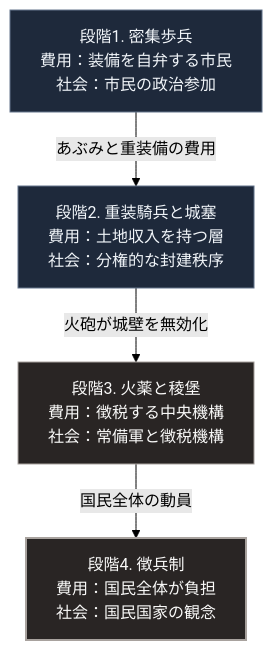
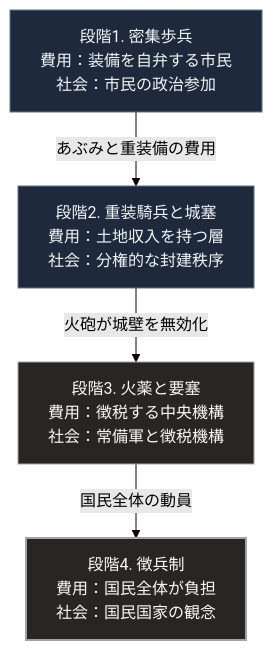
Before and after one commit to Takenori-Kusaka/zenn-content: the diagram in books/sovereign-resilience-blueprint/war-technology-evolution.md, drawn with Mermaid (forest theme). The commit also changed 15 other files, not shown here.

````diff
--- a/books/sovereign-resilience-blueprint/war-technology-evolution.md
+++ b/books/sovereign-resilience-blueprint/war-technology-evolution.md
@@ -77,12 +77,12 @@
 ```mermaid
 flowchart TD
     A[段階1. 密集歩兵<br>費用：装備を自弁する市民<br>社会：市民の政治参加]
     A -->|あぶみと重装備の費用| B[段階2. 重装騎兵と城塞<br>費用：土地収入を持つ層<br>社会：分権的な封建秩序]
-    B -->|火砲が城壁を無効化| C[段階3. 火薬と稜堡<br>費用：徴税する中央機構<br>社会：常備軍と徴税機構]
+    B -->|火砲が城壁を無効化| C[段階3. 火薬と要塞<br>費用：徴税する中央機構<br>社会：常備軍と徴税機構]
     C -->|国民全体の動員| D[段階4. 徴兵制<br>費用：国民全体が負担<br>社会：国民国家の観念]
 
     style A fill:#1e293b,stroke:#64748b,color:#f1f5f9
     style B fill:#1e293b,stroke:#64748b,color:#f1f5f9
     style C fill:#292524,stroke:#a8a29e,color:#fafaf9
     style D fill:#292524,stroke:#a8a29e,stroke-width:2px,color:#fafaf9
 ```
````
